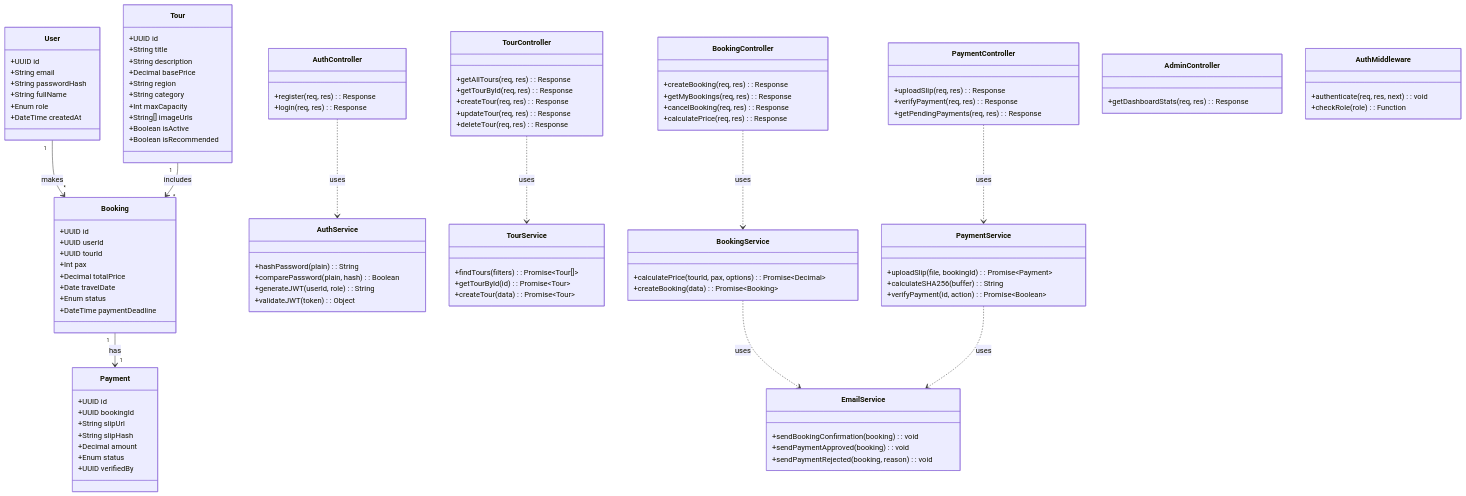
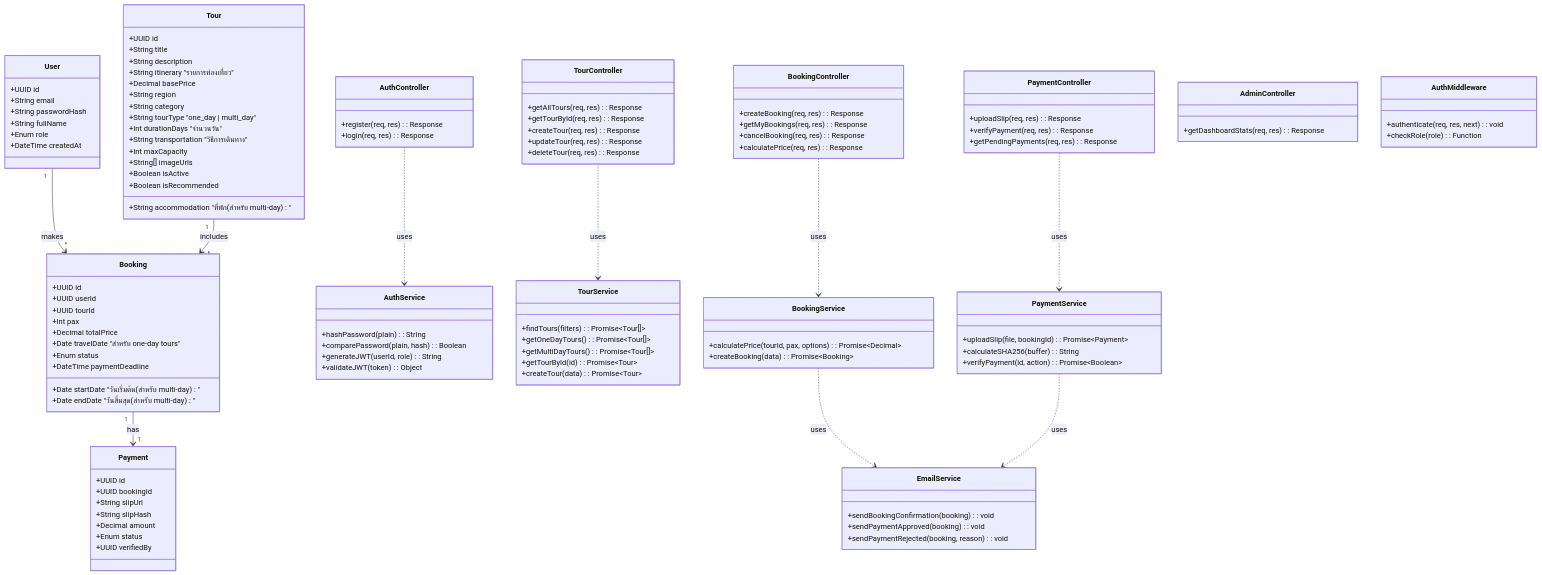
Before and after one commit to psu6810110135/final_porj: the second of 3 diagrams in system_based/System_Component_FIXED.md, drawn with Mermaid. The commit also changed 3 other files, not shown here.

```diff
--- a/system_based/System_Component_FIXED.md
+++ b/system_based/System_Component_FIXED.md
@@ -82,9 +82,14 @@
         +UUID id
         +String title
         +String description
+        +String itinerary "รายการท่องเที่ยว"
         +Decimal basePrice
         +String region
         +String category
+        +String tourType "one_day | multi_day"
+        +Int durationDays "จำนวนวัน"
+        +String transportation "วิธีการเดินทาง"
+        +String accommodation "ที่พัก (สำหรับ multi-day)"
         +Int maxCapacity
         +String[] imageUrls
         +Boolean isActive
@@ -97,7 +102,9 @@
         +UUID tourId
         +Int pax
         +Decimal totalPrice
-        +Date travelDate
+        +Date travelDate "สำหรับ one-day tours"
+        +Date startDate "วันเริ่มต้น (สำหรับ multi-day)"
+        +Date endDate "วันสิ้นสุด (สำหรับ multi-day)"
         +Enum status
         +DateTime paymentDeadline
     }
@@ -153,6 +160,8 @@
 
     class TourService {
         +findTours(filters): Promise~Tour[]~
+        +getOneDayTours(): Promise~Tour[]~
+        +getMultiDayTours(): Promise~Tour[]~
         +getTourById(id): Promise~Tour~
         +createTour(data): Promise~Tour~
     }
```
